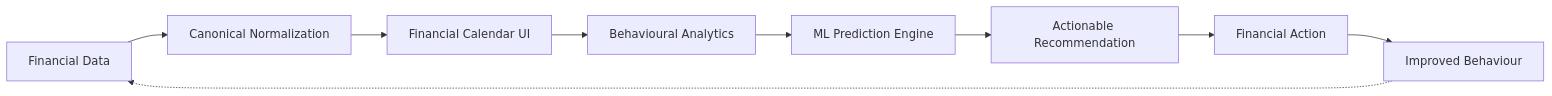
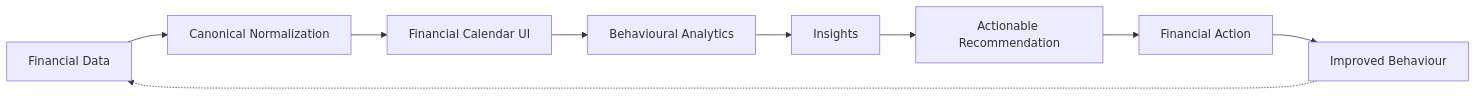
One commit to EncrypterParv/Finora changed the diagram in README.md. Above: the diagram before and after it, drawn with Mermaid. The commit also changed other lines of this file and 33 other files, not shown here.

````diff
--- a/README.md
+++ b/README.md
@@ -10,11 +10,11 @@
 ```mermaid
 flowchart LR
     A[Financial Data] --> B[Canonical Normalization]
     B --> C[Financial Calendar UI]
     C --> D[Behavioural Analytics]
-    D --> E[ML Prediction Engine]
+    D --> E[Insights]
     E --> F[Actionable Recommendation]
     F --> G[Financial Action]
     G --> H[Improved Behaviour]
     H -.-> A
 ```
````
